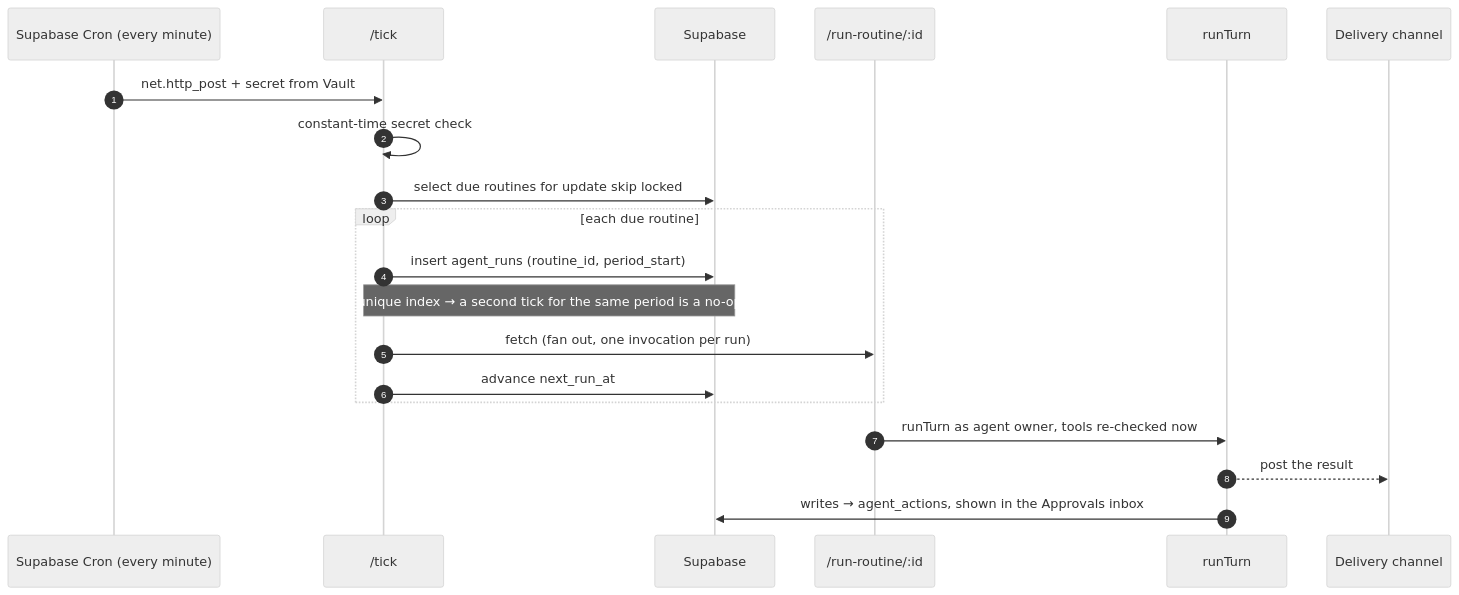
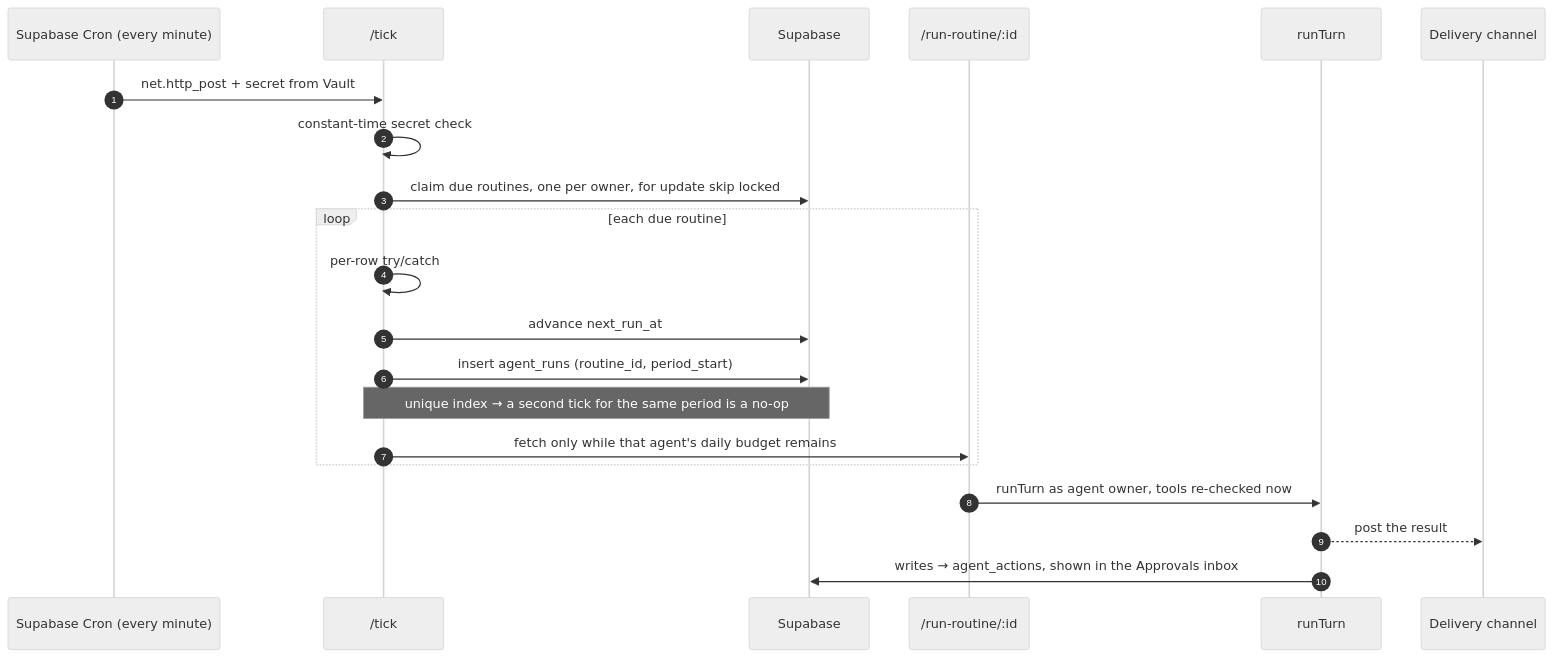
The fifth of 6 diagrams in docs/architecture.md (mitch-zink/agent-template), drawn with Mermaid (neutral theme) before and after one commit. The commit also changed other lines of this file and 2 other files, not shown here.

Commit message:
Stop one tenant from filling the routine claim window
The scheduler claimed the 25 oldest due routines with no per-owner cap,
and an owner could insert unlimited rows with next_run_at in the past.
Claim at most one routine per owner, cap writes, refuse a backdated
next_run_at, and skip the Gateway fan-out once the agent's daily budget
is spent.

````diff
--- a/docs/architecture.md
+++ b/docs/architecture.md
@@ -203,23 +203,24 @@
 ```mermaid
 sequenceDiagram
   autonumber
   participant CR as Supabase Cron (every minute)
   participant T as /tick
   participant DB as Supabase
   participant RR as /run-routine/:id
   participant C as runTurn
   participant CH as Delivery channel
 
   CR->>T: net.http_post + secret from Vault
   T->>T: constant-time secret check
-  T->>DB: select due routines for update skip locked
+  T->>DB: claim due routines, one per owner, for update skip locked
   loop each due routine
+    T->>T: per-row try/catch
+    T->>DB: advance next_run_at
     T->>DB: insert agent_runs (routine_id, period_start)
     Note over T,DB: unique index → a second tick for the same period is a no-op
-    T->>RR: fetch (fan out, one invocation per run)
-    T->>DB: advance next_run_at
+    T->>RR: fetch only while that agent's daily budget remains
   end
   RR->>C: runTurn as agent owner, tools re-checked now
   C-->>CH: post the result
   C->>DB: writes → agent_actions, shown in the Approvals inbox
 ```
````
